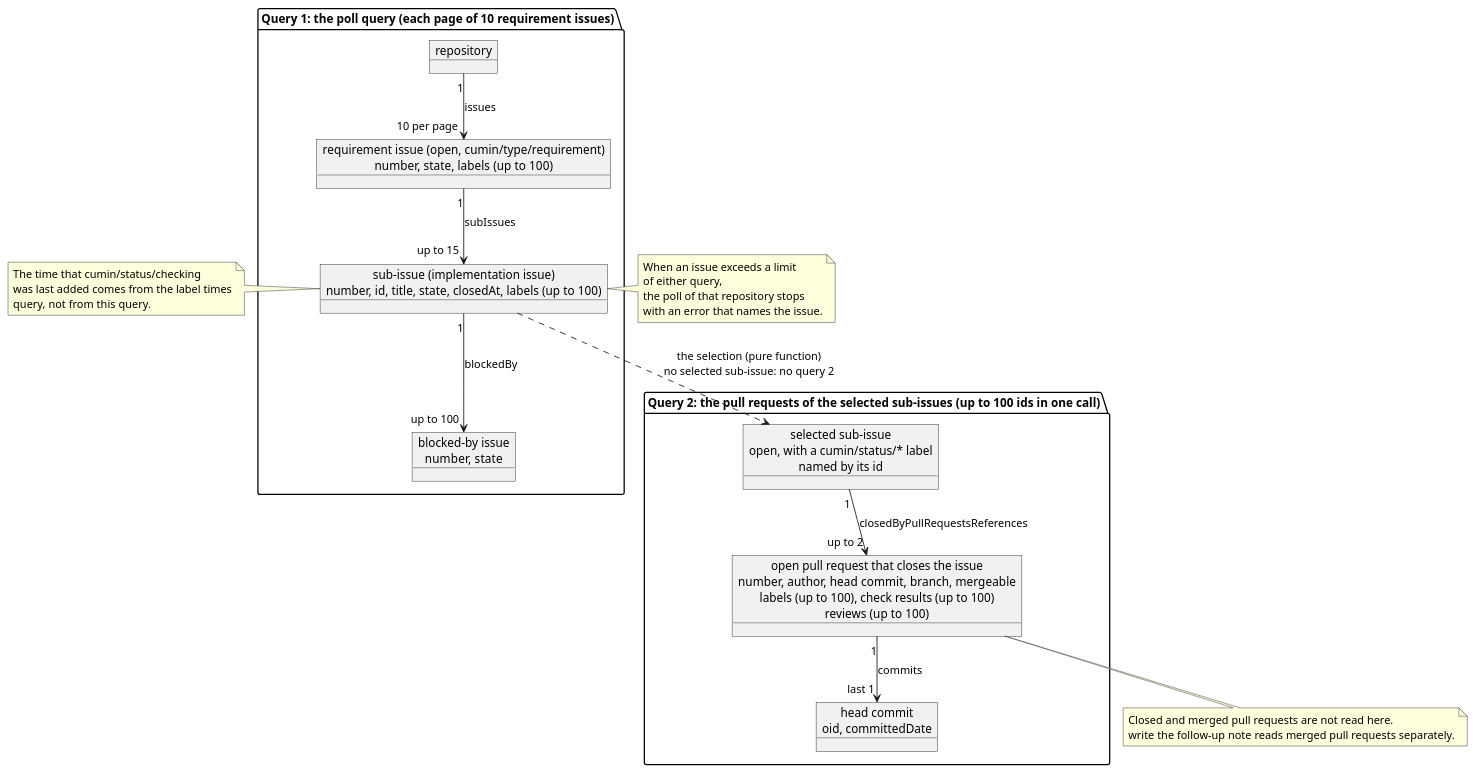
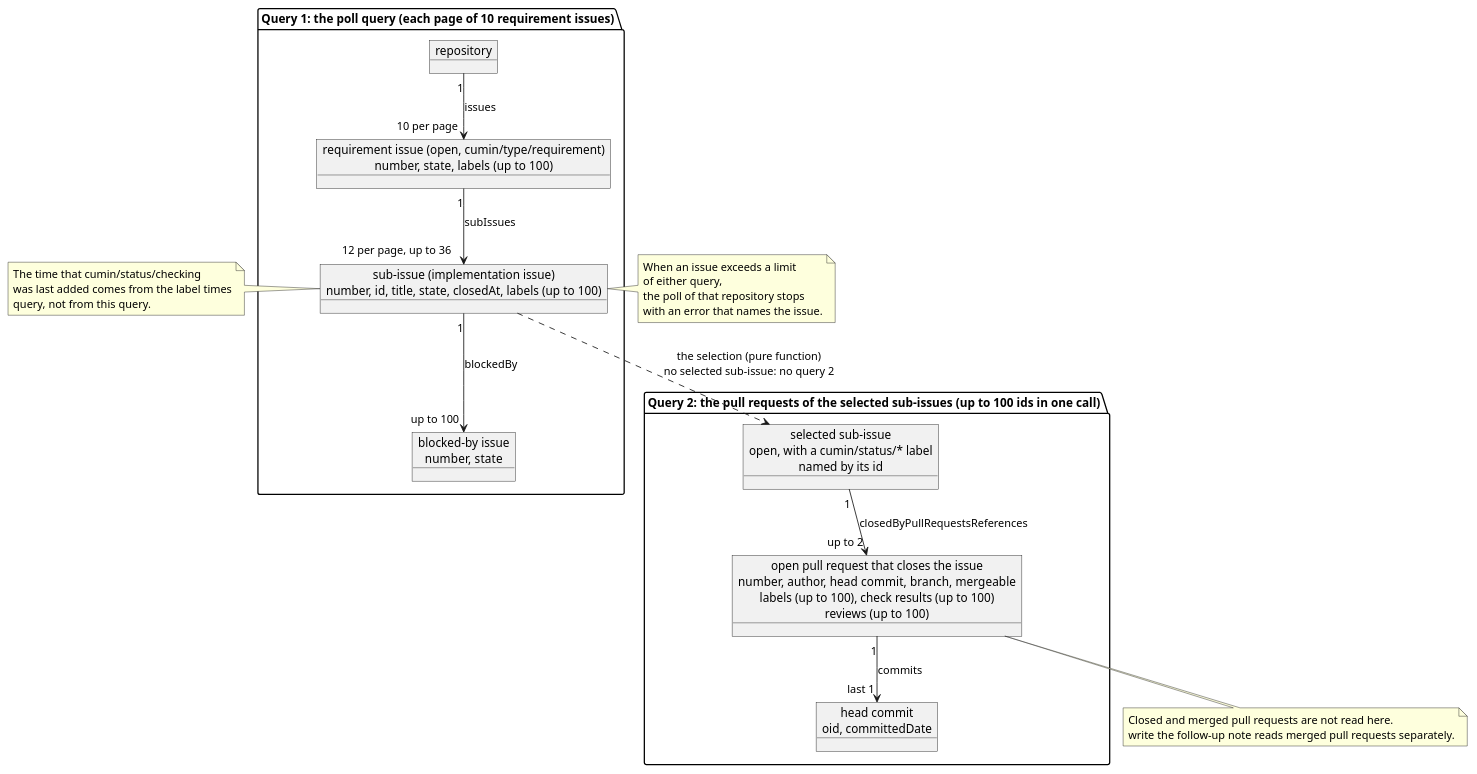
Before and after one commit to cloveclovedev/cumin-works: the diagram in docs/ja/designs/poll-snapshot.puml, drawn with PlantUML. The commit also changed 9 other files, not shown here.

First line of the commit message:
feat(github): read the sub-issues of the snapshot in pages of twelve (#634)

```diff
--- a/docs/ja/designs/poll-snapshot.puml
+++ b/docs/ja/designs/poll-snapshot.puml
@@ -1,42 +1,42 @@
 @startuml poll-snapshot
 ' cumin works - what the two queries of a poll read: nested connections and their limits.
 ' Document: poll.md, section on what a poll reads.
 ' Render: run scripts/render-diagrams.sh at the root of the repository.
 skinparam shadowing false
 skinparam defaultFontName sans-serif
 
 package "Query 1: the poll query (each page of 10 requirement issues)" {
   object "repository" as repo
   object "requirement issue (open, cumin/type/requirement)\nnumber, state, labels (up to 100)" as req
   object "sub-issue (implementation issue)\nnumber, id, title, state, closedAt, labels (up to 100)" as sub
   object "blocked-by issue\nnumber, state" as blocker
 }
 package "Query 2: the pull requests of the selected sub-issues (up to 100 ids in one call)" {
   object "selected sub-issue\nopen, with a cumin/status/* label\nnamed by its id" as selected
   object "open pull request that closes the issue\nnumber, author, head commit, branch, mergeable\nlabels (up to 100), check results (up to 100)\nreviews (up to 100)" as pr
   object "head commit\noid, committedDate" as commit
 }
 
 repo "1" --> "10 per page" req : issues
-req "1" --> "up to 15" sub : subIssues
+req "1" --> "12 per page, up to 36" sub : subIssues
 sub "1" --> "up to 100" blocker : blockedBy
 sub ..> selected : the selection (pure function)\nno selected sub-issue: no query 2
 selected "1" --> "up to 2" pr : closedByPullRequestsReferences
 pr "1" --> "last 1" commit : commits
 
 note bottom of pr
   Closed and merged pull requests are not read here.
   write the follow-up note reads merged pull requests separately.
 end note
 note left of sub
   The time that cumin/status/checking
   was last added comes from the label times
   query, not from this query.
 end note
 note right of sub
   When an issue exceeds a limit
   of either query,
   the poll of that repository stops
   with an error that names the issue.
 end note
 @enduml
```
